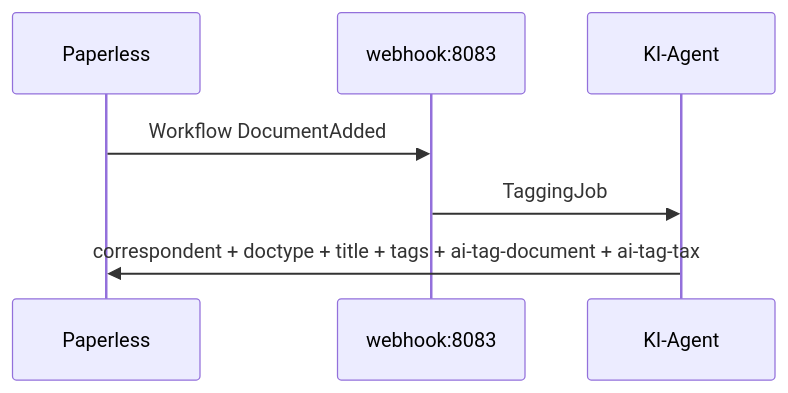
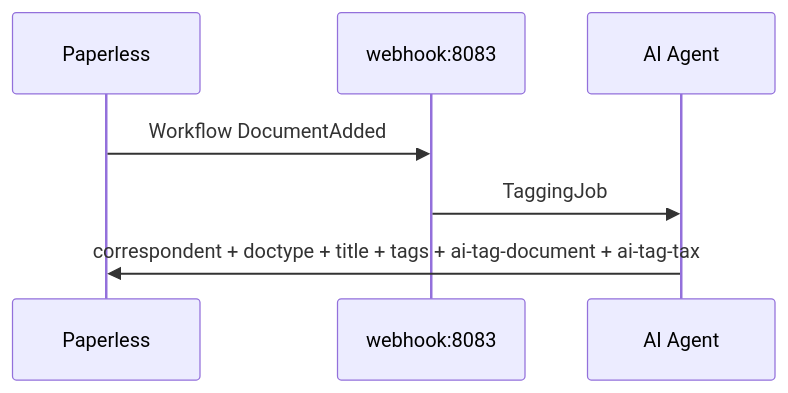
One commit to boexler/paperless-ai-tagger changed the second of 2 diagrams in README.md. Above: the diagram before and after it, drawn with Mermaid. The commit also changed other lines of this file, not shown here.

````diff
--- a/README.md
+++ b/README.md
@@ -28,10 +28,10 @@
 ```mermaid
 sequenceDiagram
     participant P as Paperless
     participant W as webhook:8083
-    participant A as KI-Agent
+    participant A as AI Agent
 
     P->>W: Workflow DocumentAdded
     W->>A: TaggingJob
     A->>P: correspondent + doctype + title + tags + ai-tag-document + ai-tag-tax
 ```
````
